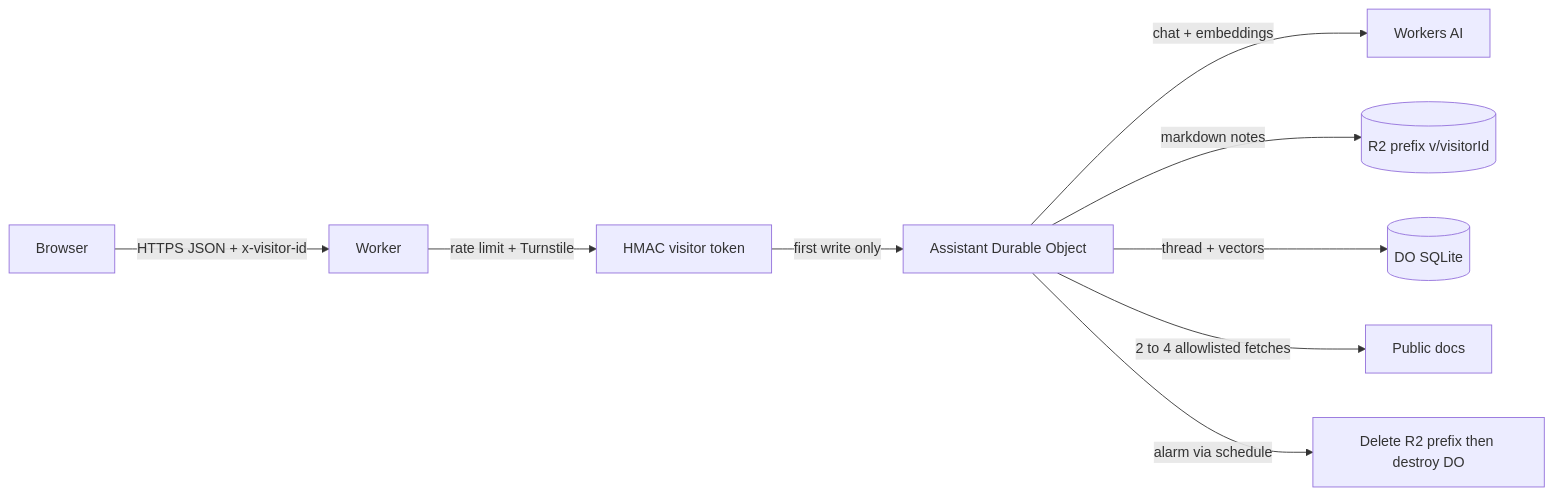
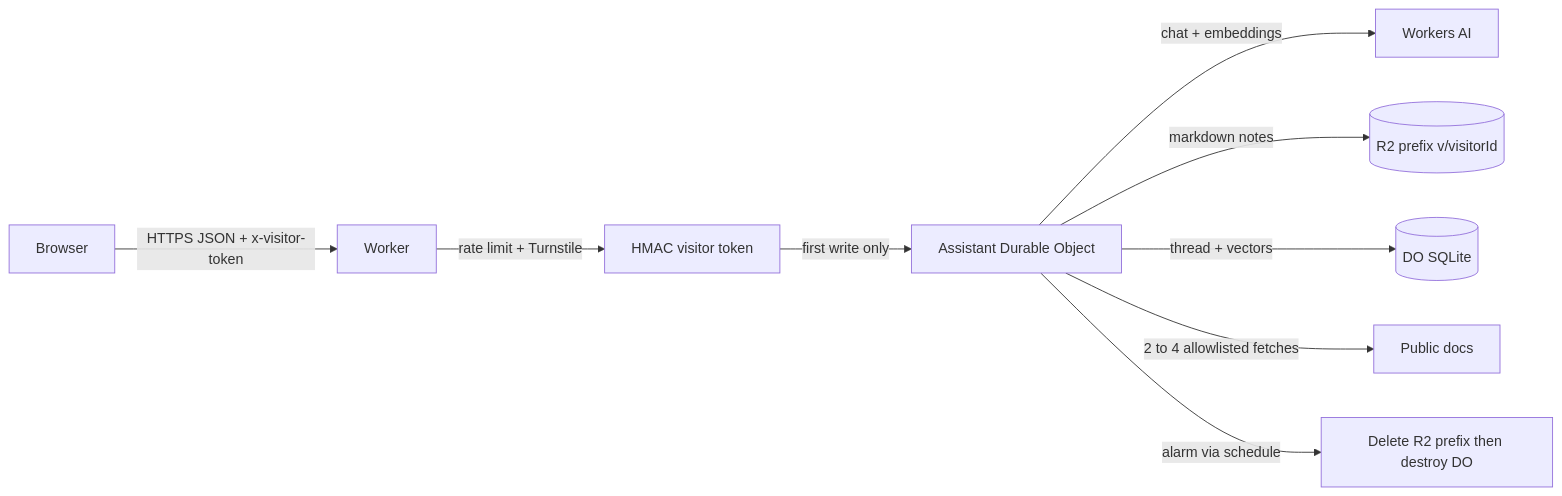
Before and after one commit to theserverlessdev/tech-demos: the diagram in demos/personal-agent/PLAN.md, drawn with Mermaid. The commit also changed other lines of this file and 14 other files, not shown here.

````diff
--- a/demos/personal-agent/PLAN.md
+++ b/demos/personal-agent/PLAN.md
@@ -58,11 +58,11 @@
 ```mermaid
 flowchart LR
-  browser[Browser] -->|HTTPS JSON + x-visitor-id| worker[Worker]
+  browser[Browser] -->|HTTPS JSON + x-visitor-token| worker[Worker]
   worker -->|rate limit + Turnstile| grant[HMAC visitor token]
   grant -->|first write only| assistant[Assistant Durable Object]
   assistant -->|chat + embeddings| ai[Workers AI]
   assistant -->|markdown notes| r2[(R2 prefix v/visitorId)]
   assistant -->|thread + vectors| sqlite[(DO SQLite)]
   assistant -->|2 to 4 allowlisted fetches| web[Public docs]
   assistant -->|alarm via schedule| purge[Delete R2 prefix then destroy DO]
 ```
````
